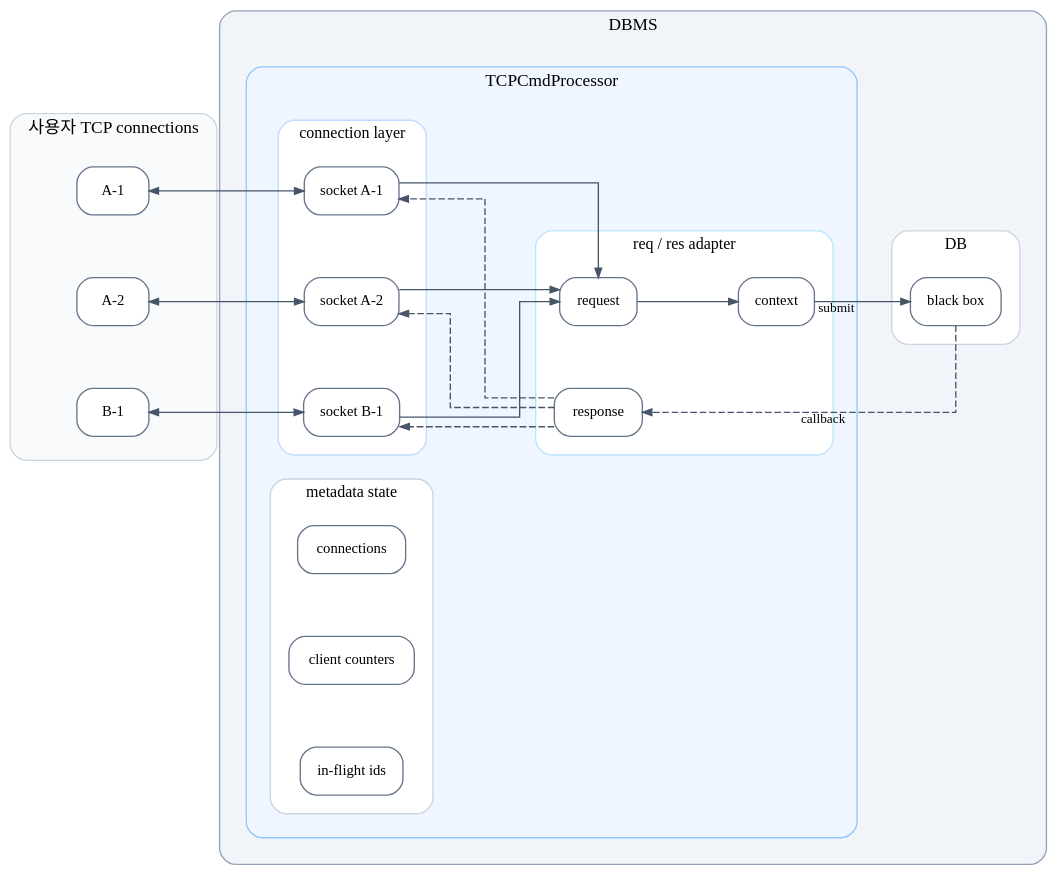
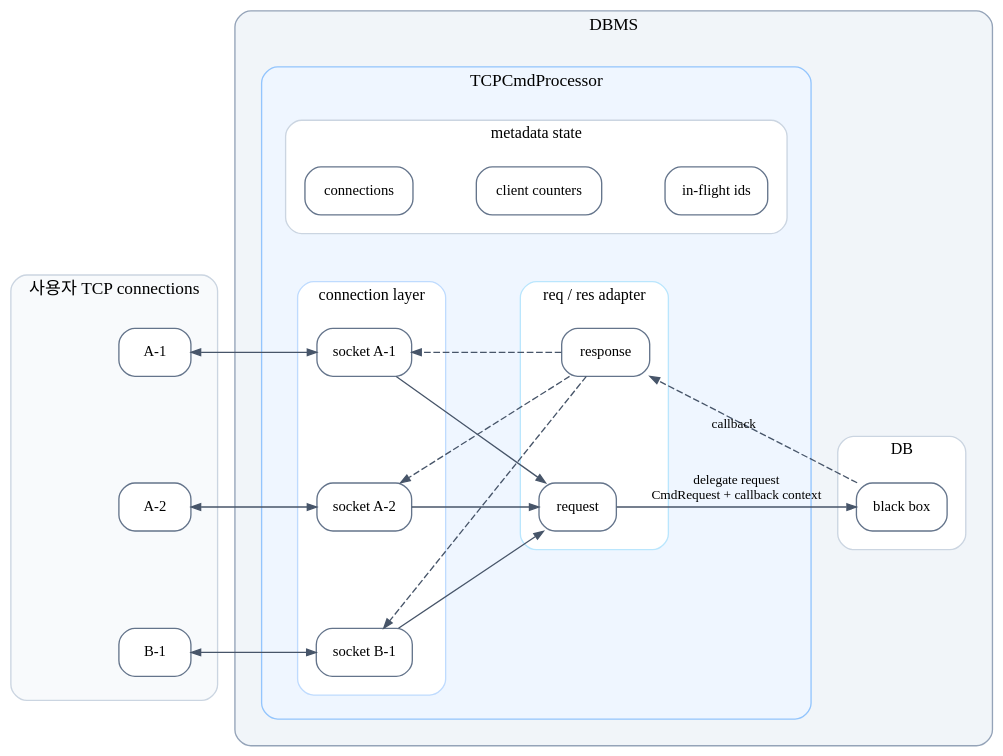
One commit to Wish-Upon-A-Star/SQL-B-Tree changed the diagram in docs/sijun-yang/diagrams/004_tcp_cmd_processor_architecture_flow.dot. Above: the diagram before and after it, drawn with Graphviz. The commit also changed 2 other files, not shown here.

Commit message:
하나 다이어그램 괜찮은거 나옴

```diff
--- a/docs/sijun-yang/diagrams/004_tcp_cmd_processor_architecture_flow.dot
+++ b/docs/sijun-yang/diagrams/004_tcp_cmd_processor_architecture_flow.dot
@@ -1,136 +1,141 @@
 digraph TcpCmdProcessor {
     graph [
-        rankdir=LR,
+        rankdir=TB,
         compound=true,
         nodesep=0.65,
         ranksep=1.0,
-        splines=ortho,
+        splines=line,
+        newrank=true,
         pad=0.2,
         bgcolor="transparent"
     ];
 
     node [
         shape=box,
         style="rounded,filled",
         fillcolor="white",
         color="#64748b",
         fontname="Pretendard",
         fontsize=11,
         margin="0.12,0.08"
     ];
 
     edge [
         color="#475569",
         fontname="Pretendard",
         fontsize=10,
         arrowsize=0.7
     ];
 
     subgraph cluster_users {
         label="사용자 TCP connections";
         style="rounded,filled";
         color="#cbd5e1";
         fillcolor="#f8fafc";
         fontname="Pretendard";
         fontsize=13;
         margin=18;
-
-        { rank=same; user_a1; user_a2; user_b1; }
-
         user_a1 [label="A-1"];
         user_a2 [label="A-2"];
         user_b1 [label="B-1"];
     }
 
     subgraph cluster_dbms {
         label="DBMS";
         style="rounded,filled";
         color="#94a3b8";
         fillcolor="#f1f5f9";
         fontname="Pretendard";
         fontsize=13;
         margin=20;
 
         subgraph cluster_tcp {
             label="TCPCmdProcessor";
             style="rounded,filled";
             color="#93c5fd";
             fillcolor="#eff6ff";
             fontname="Pretendard";
             fontsize=13;
             margin=18;
 
             subgraph cluster_connection_layer {
                 label="connection layer";
                 style="rounded,filled";
                 color="#bfdbfe";
                 fillcolor="#ffffff";
                 fontname="Pretendard";
                 fontsize=12;
                 margin=14;
-
-                { rank=same; tcp_a1; tcp_a2; tcp_b1; }
-
                 tcp_a1 [label="socket A-1"];
                 tcp_a2 [label="socket A-2"];
                 tcp_b1 [label="socket B-1"];
             }
 
             subgraph cluster_adapter {
                 label="req / res adapter";
                 style="rounded,filled";
                 color="#bae6fd";
                 fillcolor="#ffffff";
                 fontname="Pretendard";
                 fontsize=12;
                 margin=14;
 
                 req [label="request"];
-                callback_context [label="context"];
                 res [label="response"];
             }
 
             subgraph cluster_metadata {
                 label="metadata state";
                 style="rounded,filled";
                 color="#cbd5e1";
                 fillcolor="#ffffff";
                 fontname="Pretendard";
                 fontsize=12;
                 margin=14;
+
+                { rank=same; connection_list; client_counters; in_flight_ids; }
 
                 connection_list [label="connections"];
                 client_counters [label="client counters"];
                 in_flight_ids [label="in-flight ids"];
             }
         }
 
         subgraph cluster_db {
             label="DB";
             style="rounded,filled";
             color="#cbd5e1";
             fillcolor="#ffffff";
             fontname="Pretendard";
             fontsize=12;
             margin=14;
 
             db_black_box [label="black box"];
         }
     }
 
+    { rank=same; user_a1; tcp_a1; res; }
+    { rank=same; user_a2; tcp_a2; req; db_black_box; }
+    { rank=same; user_b1; tcp_b1; }
+
+    user_a1 -> user_a2 -> user_b1 [style=invis, weight=30];
+    tcp_a1 -> tcp_a2 -> tcp_b1 [style=invis, weight=30];
+    connection_list -> tcp_a1 [style=invis, weight=30];
+    client_counters -> req [style=invis, weight=30];
+    in_flight_ids -> db_black_box [style=invis, weight=30];
+
     user_a1 -> tcp_a1 [dir=both, weight=10];
     user_a2 -> tcp_a2 [dir=both, weight=10];
     user_b1 -> tcp_b1 [dir=both, weight=10];
 
     tcp_a1 -> req [weight=10];
     tcp_a2 -> req [weight=10];
     tcp_b1 -> req [weight=10];
 
-    req -> callback_context;
-    callback_context -> db_black_box [xlabel="submit"];
+    req -> db_black_box [label="delegate request\nCmdRequest + callback context", weight=10];
 
     db_black_box -> res [style=dashed, xlabel="callback", constraint=false];
     res -> tcp_a1 [style=dashed, constraint=false];
     res -> tcp_a2 [style=dashed, constraint=false];
     res -> tcp_b1 [style=dashed, constraint=false];
 }
```
